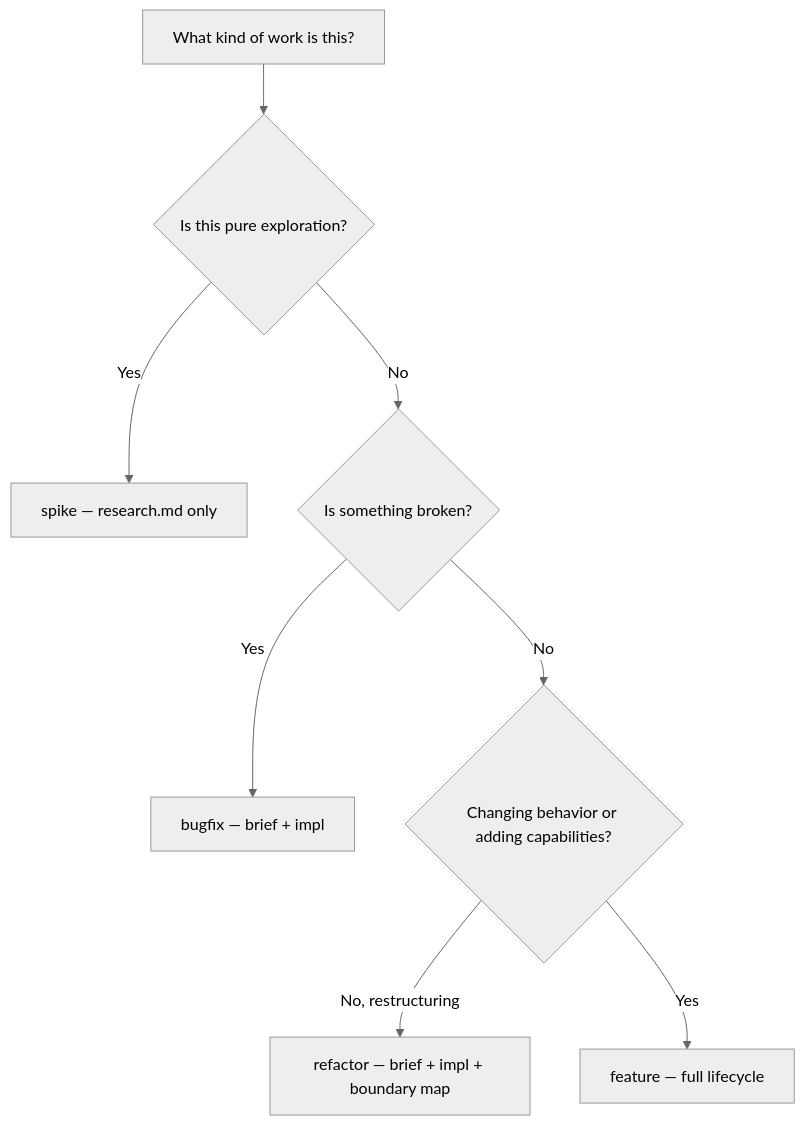
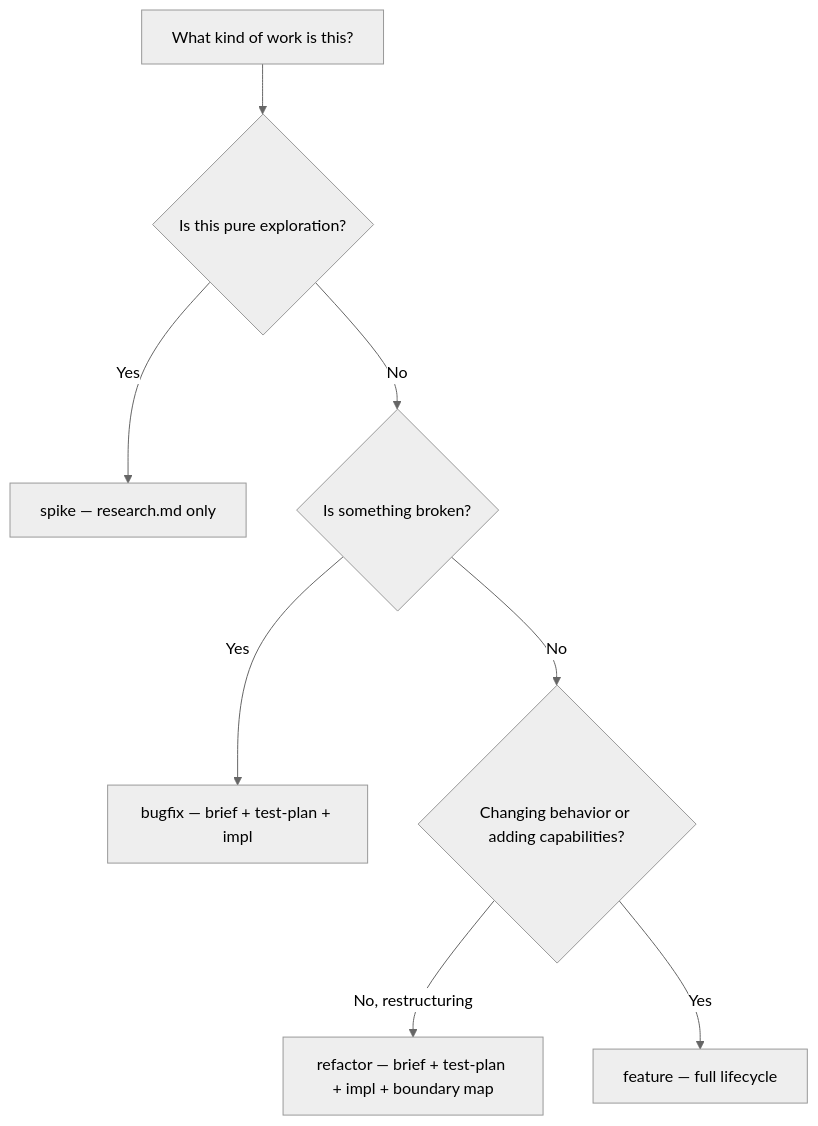
The second of 2 diagrams in apps/docs/src/reference/skills/plan.md (infinitedusky/indusk), drawn with Mermaid (neutral theme) before and after one commit. The commit also changed other lines of this file and 1 other file, not shown here.

First line of the commit message:
docs(planner): the reference page's workflow table is corrected and pinned; every plan declares its type

````diff
--- a/apps/docs/src/reference/skills/plan.md
+++ b/apps/docs/src/reference/skills/plan.md
@@ -74,10 +93,10 @@
 ```mermaid
 flowchart TD
     Start["What kind of work is this?"] --> Q1{"Is this pure exploration?"}
     Q1 -->|Yes| Spike["spike — research.md only"]
     Q1 -->|No| Q2{"Is something broken?"}
-    Q2 -->|Yes| Bugfix["bugfix — brief + impl"]
+    Q2 -->|Yes| Bugfix["bugfix — brief + test-plan + impl"]
     Q2 -->|No| Q3{"Changing behavior or adding capabilities?"}
-    Q3 -->|No, restructuring| Refactor["refactor — brief + impl + boundary map"]
+    Q3 -->|No, restructuring| Refactor["refactor — brief + test-plan + impl + boundary map"]
     Q3 -->|Yes| Feature["feature — full lifecycle"]
 ```
````
